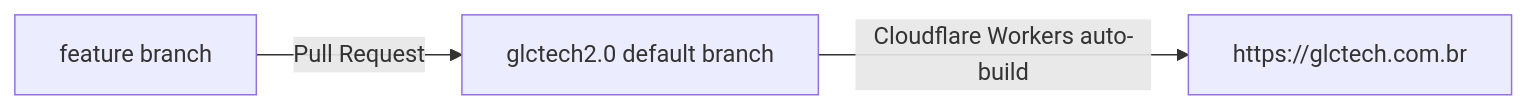
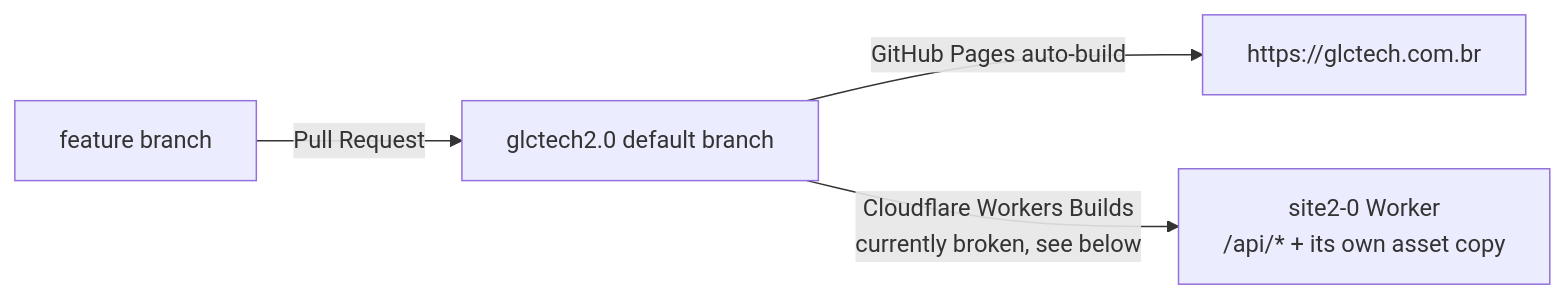
One commit to glctech/site2.0 changed the second of 2 diagrams in README.md. Above: the diagram before and after it, drawn with Mermaid. The commit also changed other lines of this file and 1 other file, not shown here.

First line of the commit message:
docs: corrige a arquitetura real de deploy (GitHub Pages vs Worker)

````diff
--- a/README.md
+++ b/README.md
@@ -215,5 +224,6 @@
 ```mermaid
 flowchart LR
     F[feature branch] -->|Pull Request| M[glctech2.0 default branch]
-    M -->|Cloudflare Workers auto-build| P[https://glctech.com.br]
+    M -->|GitHub Pages auto-build| P[https://glctech.com.br]
+    M -->|Cloudflare Workers Builds<br/>currently broken, see below| W[site2-0 Worker<br/>/api/* + its own asset copy]
 ```
````
